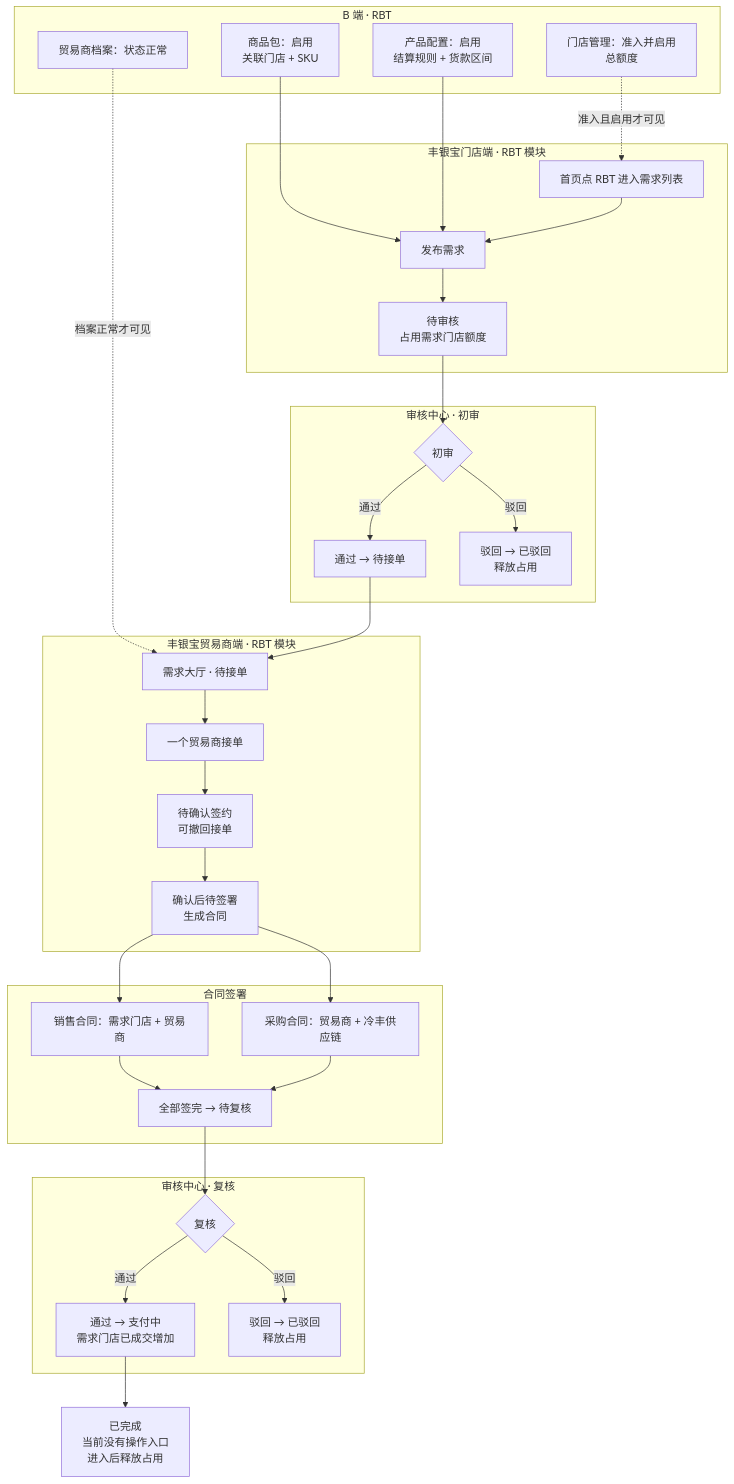
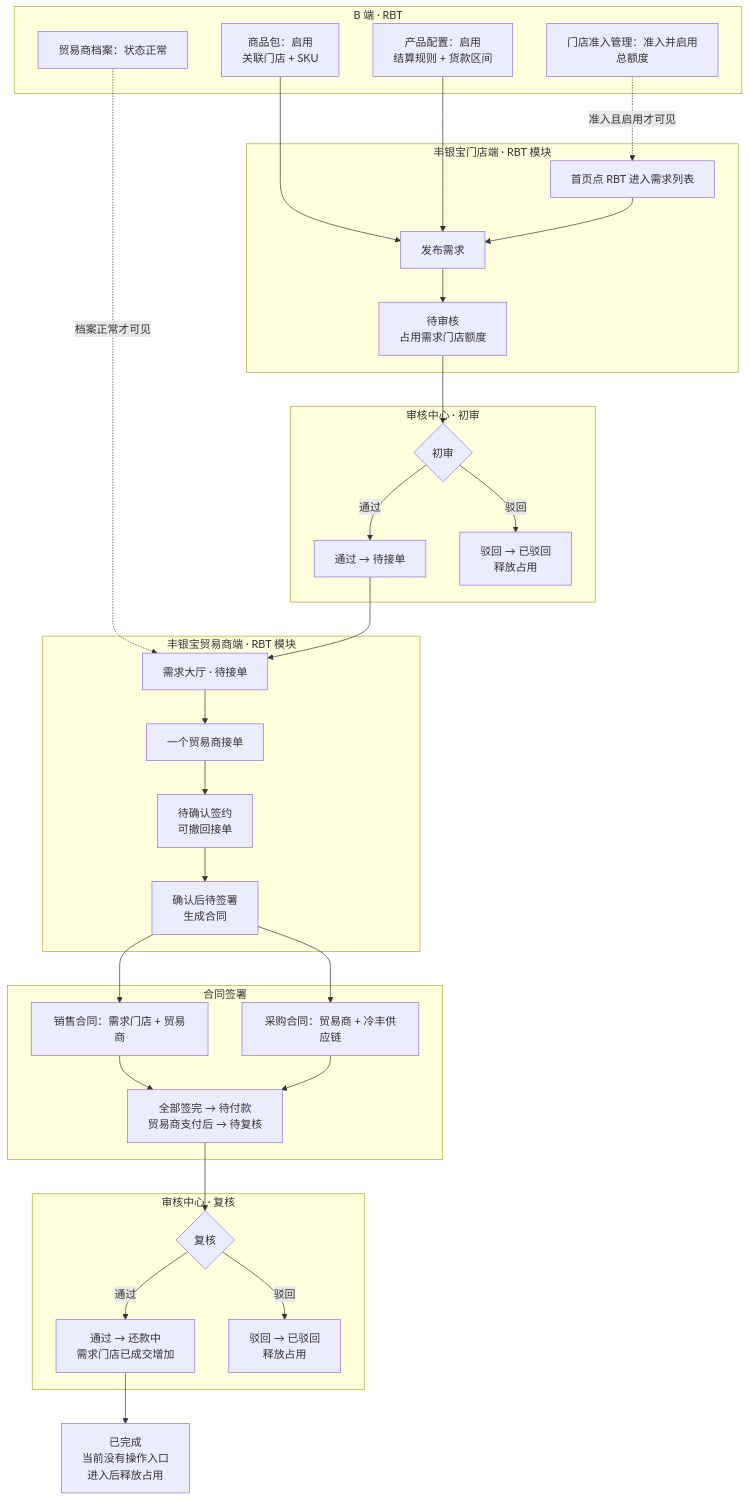
Before and after one commit to 342-droid/LFerp: the first of 7 diagrams in RBT/docs/1-整体业务流程图.md, drawn with Mermaid. The commit also changed other lines of this file and 24 other files, not shown here.

````diff
--- a/RBT/docs/1-整体业务流程图.md
+++ b/RBT/docs/1-整体业务流程图.md
@@ -11,56 +11,56 @@
 ```mermaid
 flowchart TB
   subgraph B["B 端 · RBT"]
-    A1[门店管理：准入并启用<br/>总额度]
+    A1[门店准入管理：准入并启用<br/>总额度]
     A2[商品包：启用<br/>关联门店 + SKU]
     A3[产品配置：启用<br/>结算规则 + 货款区间]
     A4[贸易商档案：状态正常]
   end
 
   subgraph STORE["丰银宝门店端 · RBT 模块"]
     B1[首页点 RBT 进入需求列表]
     B2[发布需求]
     B3[待审核<br/>占用需求门店额度]
   end
 
   subgraph AUD1["审核中心 · 初审"]
     C1{初审}
     C2[通过 → 待接单]
     C3[驳回 → 已驳回<br/>释放占用]
   end
 
   subgraph TRADER["丰银宝贸易商端 · RBT 模块"]
     D1[需求大厅 · 待接单]
     D2[一个贸易商接单]
     D2b[待确认签约<br/>可撤回接单]
     D3[确认后待签署<br/>生成合同]
   end
 
   subgraph SIGN["合同签署"]
     E2[销售合同：需求门店 + 贸易商]
     E3[采购合同：贸易商 + 冷丰供应链]
-    E4[全部签完 → 待复核]
+    E4[全部签完 → 待付款<br/>贸易商支付后 → 待复核]
   end
 
   subgraph AUD2["审核中心 · 复核"]
     F1{复核}
-    F2[通过 → 支付中<br/>需求门店已成交增加]
+    F2[通过 → 还款中<br/>需求门店已成交增加]
     F3[驳回 → 已驳回<br/>释放占用]
   end
 
   A1 -.->|准入且启用才可见| B1
   A4 -.->|档案正常才可见| D1
   A2 --> B2
   A3 --> B2
   B1 --> B2 --> B3 --> C1
   C1 -->|通过| C2 --> D1 --> D2 --> D2b --> D3
   C1 -->|驳回| C3
   D3 --> E2
   D3 --> E3
   E2 --> E4
   E3 --> E4
   E4 --> F1
   F1 -->|通过| F2
   F1 -->|驳回| F3
   F2 --> G1[已完成<br/>当前没有操作入口<br/>进入后释放占用]
 ```
````
